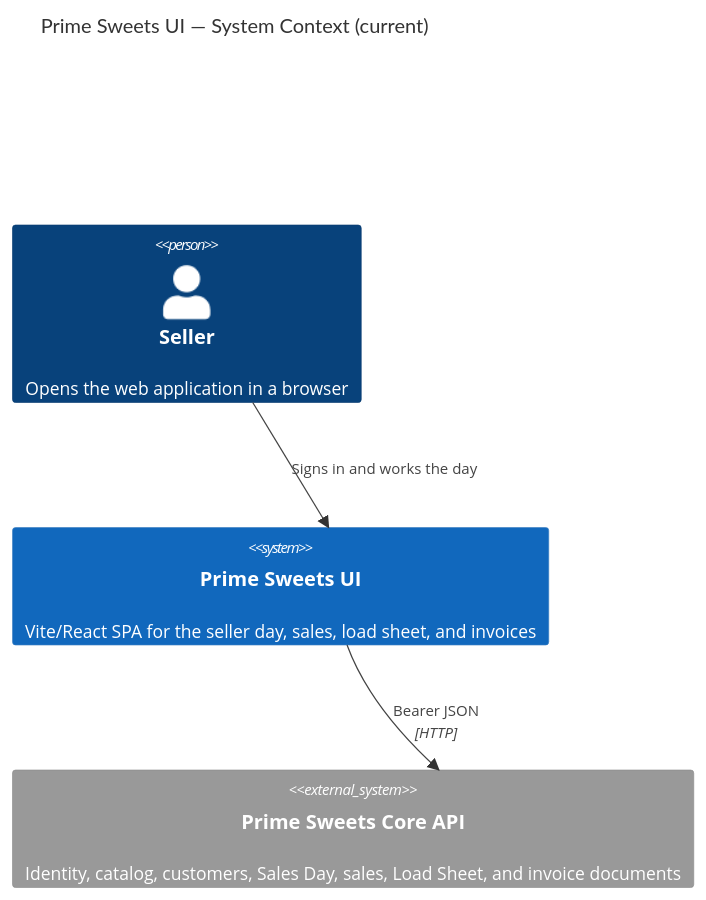
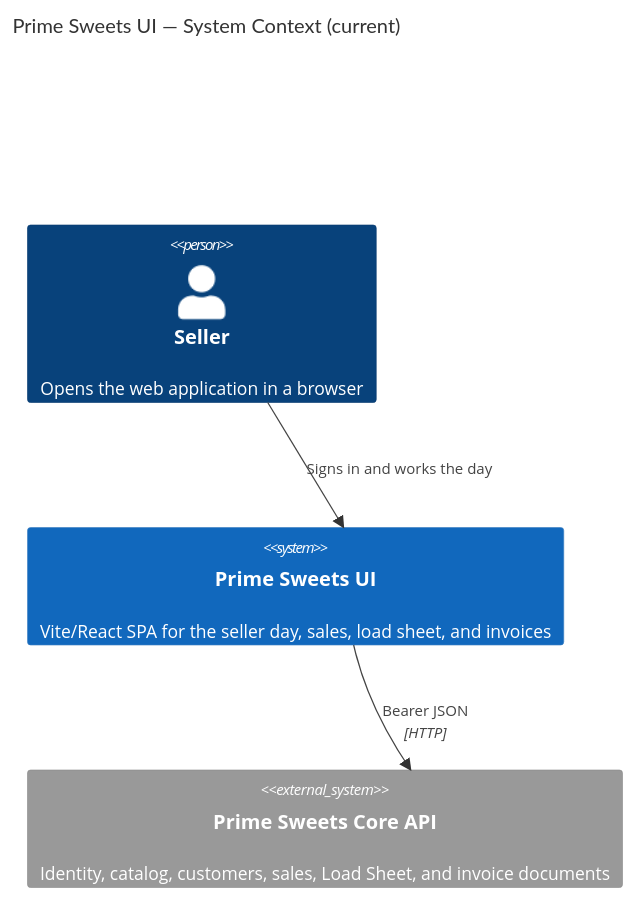
Before and after one commit to X01SERYO/prime-sweets-ui: the diagram in docs/architecture/01-context.md, drawn with Mermaid. The commit also changed other lines of this file and 3 other files, not shown here.

````diff
--- a/docs/architecture/01-context.md
+++ b/docs/architecture/01-context.md
@@ -9,11 +9,11 @@
 ```mermaid
 C4Context
 title Prime Sweets UI — System Context (current)
 
 Person(seller, "Seller", "Opens the web application in a browser")
 System(ui, "Prime Sweets UI", "Vite/React SPA for the seller day, sales, load sheet, and invoices")
-System_Ext(api, "Prime Sweets Core API", "Identity, catalog, customers, Sales Day, sales, Load Sheet, and invoice documents")
+System_Ext(api, "Prime Sweets Core API", "Identity, catalog, customers, sales, Load Sheet, and invoice documents")
 
 Rel(seller, ui, "Signs in and works the day")
 Rel(ui, api, "Bearer JSON", "HTTP")
 ```
````
